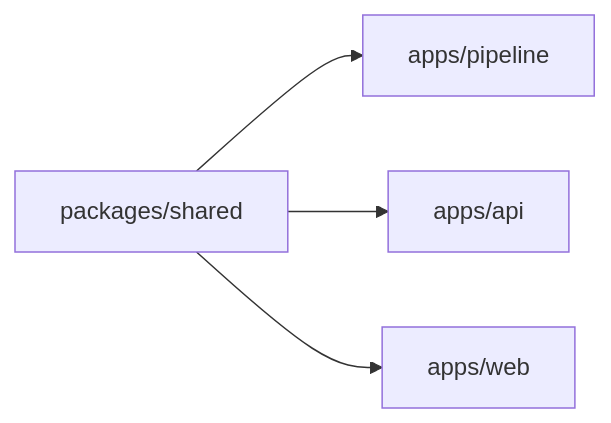
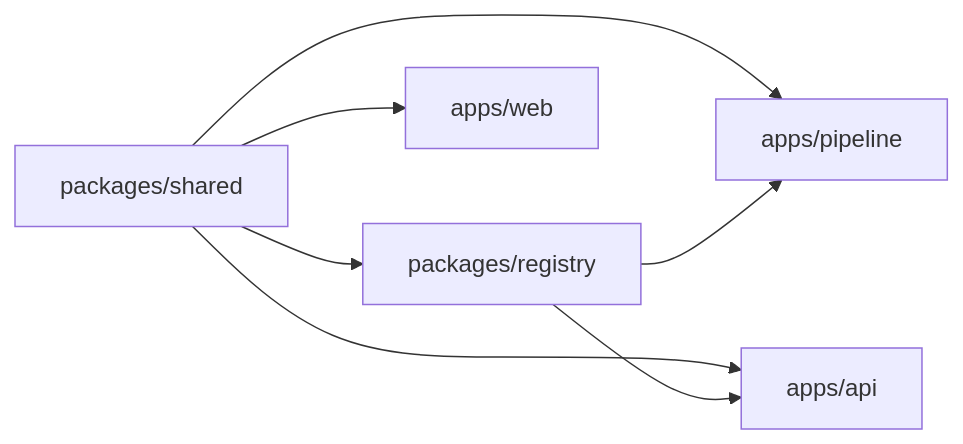
Before and after one commit to jon890/devloop-v2: the diagram in docs/code-architecture.md, drawn with Mermaid. The commit also changed other lines of this file and 5 other files, not shown here.

````diff
--- a/docs/code-architecture.md
+++ b/docs/code-architecture.md
@@ -39,6 +51,9 @@
 ```mermaid
 flowchart LR
-    SHARED["packages/shared"] --> PIPE["apps/pipeline"]
+    SHARED["packages/shared"] --> REG["packages/registry"]
+    SHARED --> PIPE["apps/pipeline"]
     SHARED --> API["apps/api"]
     SHARED --> WEB["apps/web"]
+    REG --> PIPE
+    REG --> API
 ```
````
